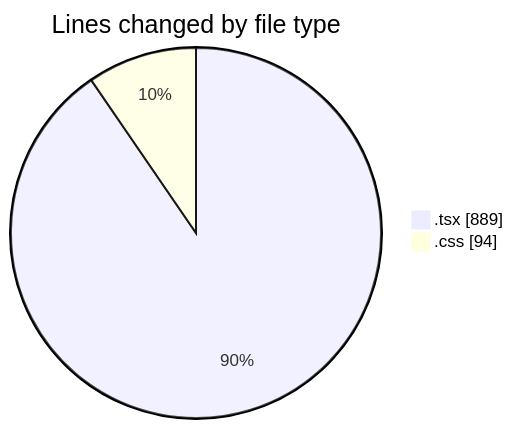
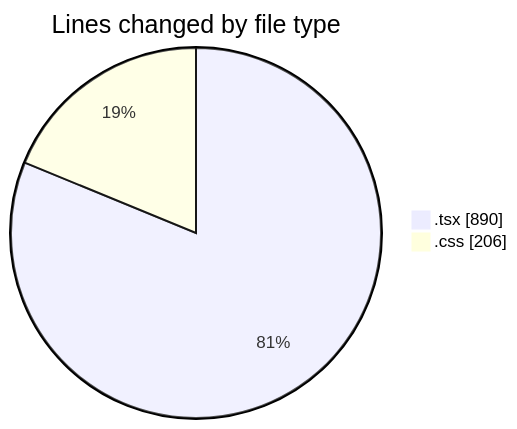
The first of 2 diagrams in 2025-02-07/portofolio/README.md (donsfak/code-tracking), drawn with Mermaid before and after one commit. The commit also changed other lines of this file and 1 other file, not shown here.

````diff
--- a/2025-02-07/portofolio/README.md
+++ b/2025-02-07/portofolio/README.md
@@ -21,6 +21,6 @@
 ```mermaid
 pie showData
 title Lines changed by file type
-".tsx" : 889
-".css" : 94
+".tsx" : 890
+".css" : 206
 ```
````
